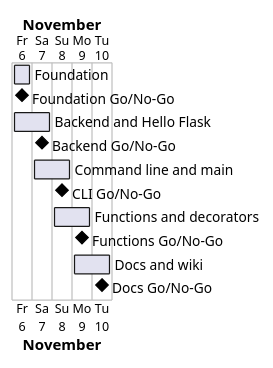
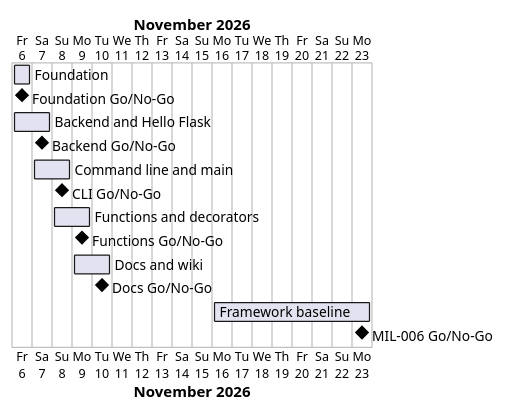
Before and after one commit to Tirsvad-Udemy-100-days-of-code/054-flask: the diagram in docs/project-plan.md, drawn with PlantUML. The commit also changed other lines of this file and 38 other files, not shown here.

First line of the commit message:
Bring the project to the framework baseline (MIL-006)

````diff
--- a/docs/project-plan.md
+++ b/docs/project-plan.md
@@ -41,15 +45,17 @@
 ```plantuml
 @startgantt
 Project starts 2026-11-06
 [Foundation] starts 2026-11-06 and ends 2026-11-06
 [Foundation Go/No-Go] happens 2026-11-06
 [Backend and Hello Flask] starts 2026-11-06 and ends 2026-11-07
 [Backend Go/No-Go] happens 2026-11-07
 [Command line and main] starts 2026-11-07 and ends 2026-11-08
 [CLI Go/No-Go] happens 2026-11-08
 [Functions and decorators] starts 2026-11-08 and ends 2026-11-09
 [Functions Go/No-Go] happens 2026-11-09
 [Docs and wiki] starts 2026-11-09 and ends 2026-11-10
 [Docs Go/No-Go] happens 2026-11-10
+[Framework baseline] starts 2026-11-16 and ends 2026-11-23
+[MIL-006 Go/No-Go] happens 2026-11-23
 @endgantt
 ```
````
